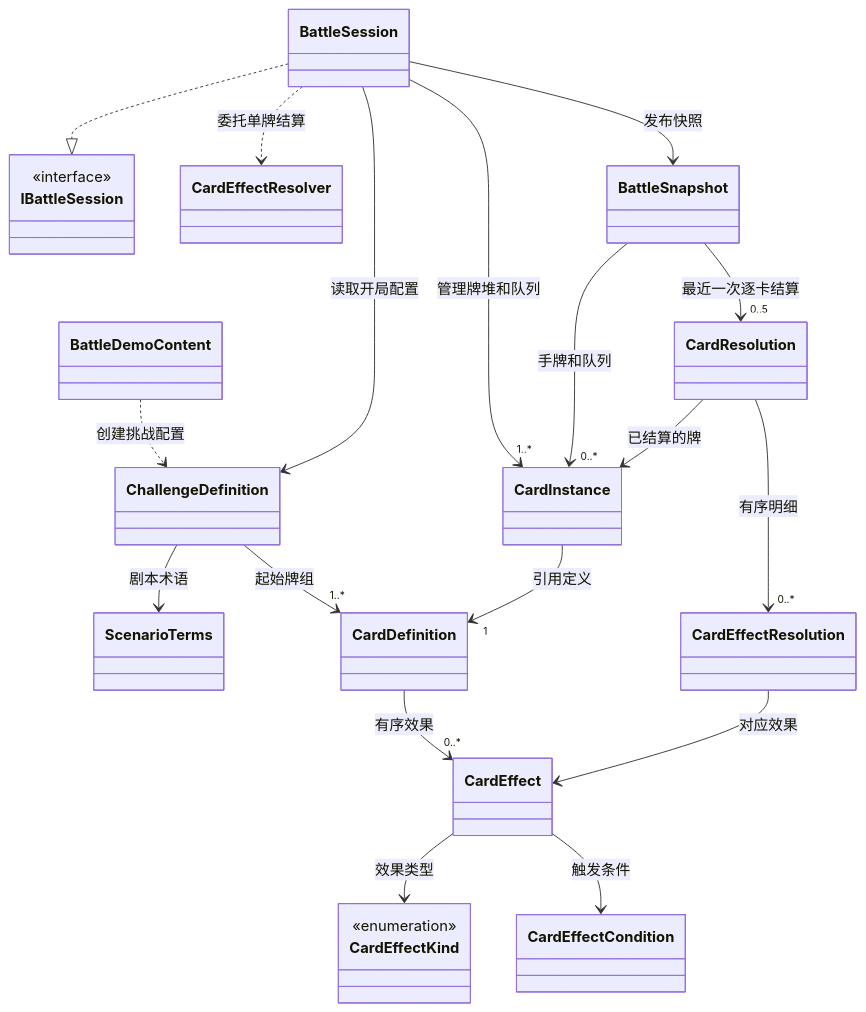
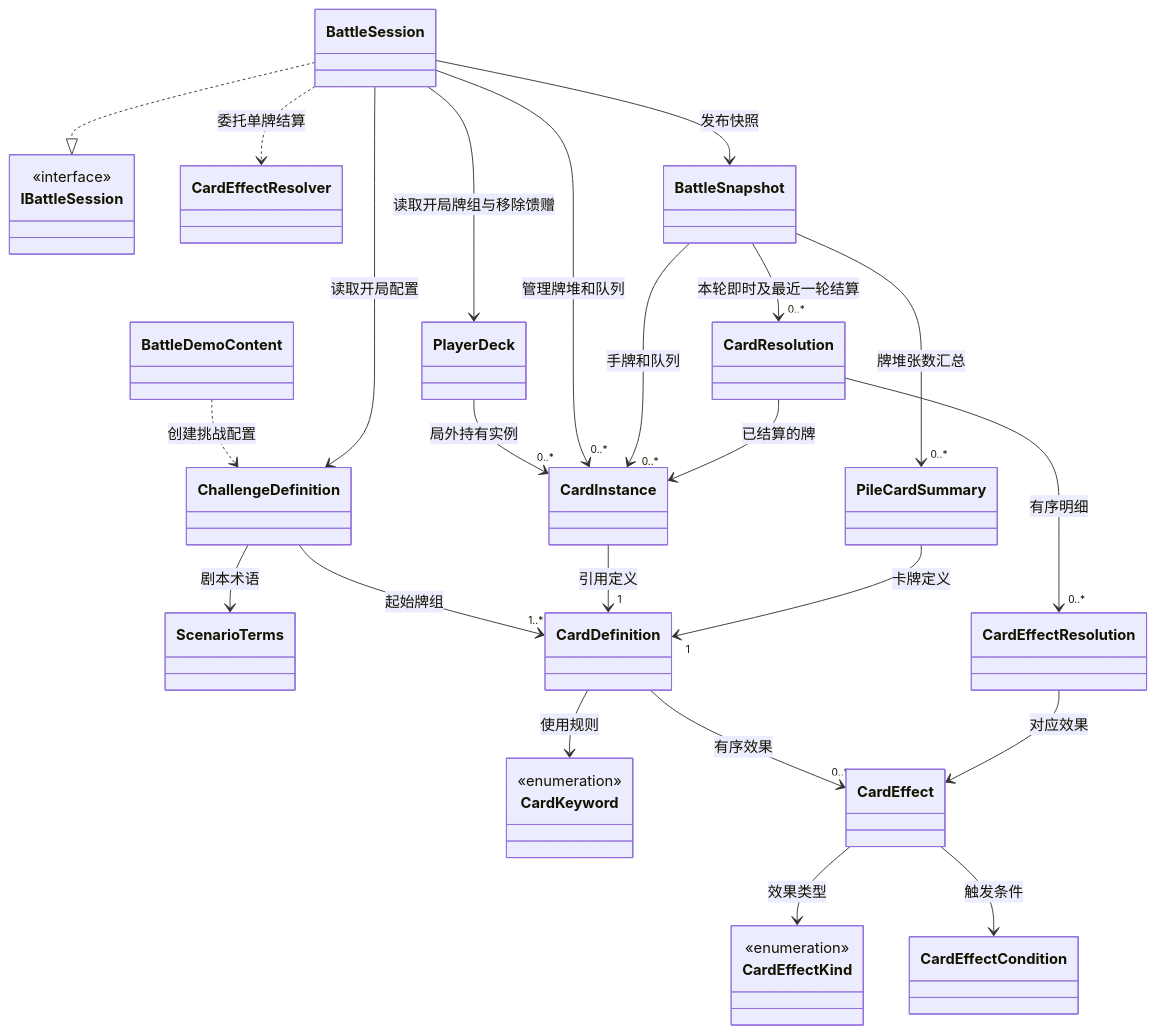
One commit to stdbitmap/52Game changed the diagram in docs/card-model.md. Above: the diagram before and after it, drawn with Mermaid. The commit also changed other lines of this file and 54 other files, not shown here.

````diff
--- a/docs/card-model.md
+++ b/docs/card-model.md
@@ -7,26 +7,34 @@
 ```mermaid
 classDiagram
     class IBattleSession {
         <<interface>>
     }
     class CardEffectKind {
         <<enumeration>>
     }
+    class CardKeyword {
+        <<enumeration>>
+    }
     BattleDemoContent ..> ChallengeDefinition : 创建挑战配置
     ChallengeDefinition --> ScenarioTerms : 剧本术语
     ChallengeDefinition --> "1..*" CardDefinition : 起始牌组
+    PlayerDeck --> "0..*" CardInstance : 局外持有实例
     CardInstance --> "1" CardDefinition : 引用定义
+    CardDefinition --> CardKeyword : 使用规则
     CardDefinition --> "0..*" CardEffect : 有序效果
     CardEffect --> CardEffectKind : 效果类型
     CardEffect --> CardEffectCondition : 触发条件
     BattleSession ..|> IBattleSession
     BattleSession --> ChallengeDefinition : 读取开局配置
-    BattleSession --> "1..*" CardInstance : 管理牌堆和队列
+    BattleSession --> PlayerDeck : 读取开局牌组与移除馈赠
+    BattleSession --> "0..*" CardInstance : 管理牌堆和队列
     BattleSession ..> CardEffectResolver : 委托单牌结算
     BattleSession --> BattleSnapshot : 发布快照
     BattleSnapshot --> "0..*" CardInstance : 手牌和队列
-    BattleSnapshot --> "0..5" CardResolution : 最近一次逐卡结算
+    BattleSnapshot --> "0..*" CardResolution : 本轮即时及最近一轮结算
+    BattleSnapshot --> "0..*" PileCardSummary : 牌堆张数汇总
+    PileCardSummary --> "1" CardDefinition : 卡牌定义
     CardResolution --> CardInstance : 已结算的牌
     CardResolution --> "0..*" CardEffectResolution : 有序明细
     CardEffectResolution --> CardEffect : 对应效果
 ```
````
